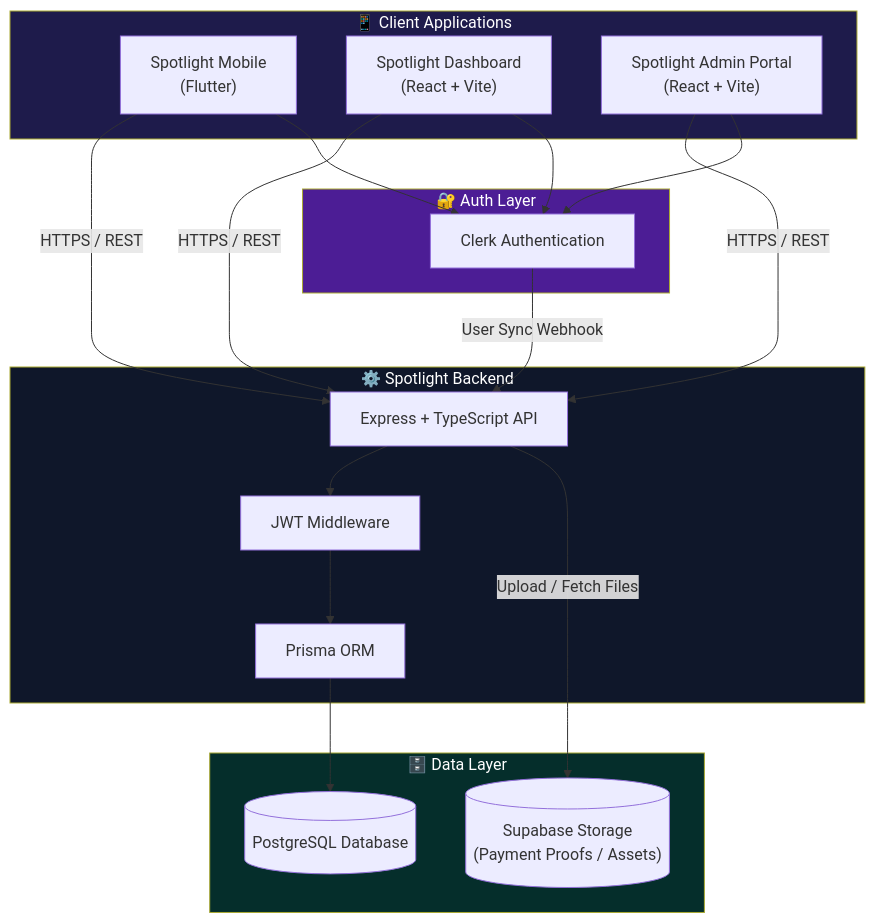
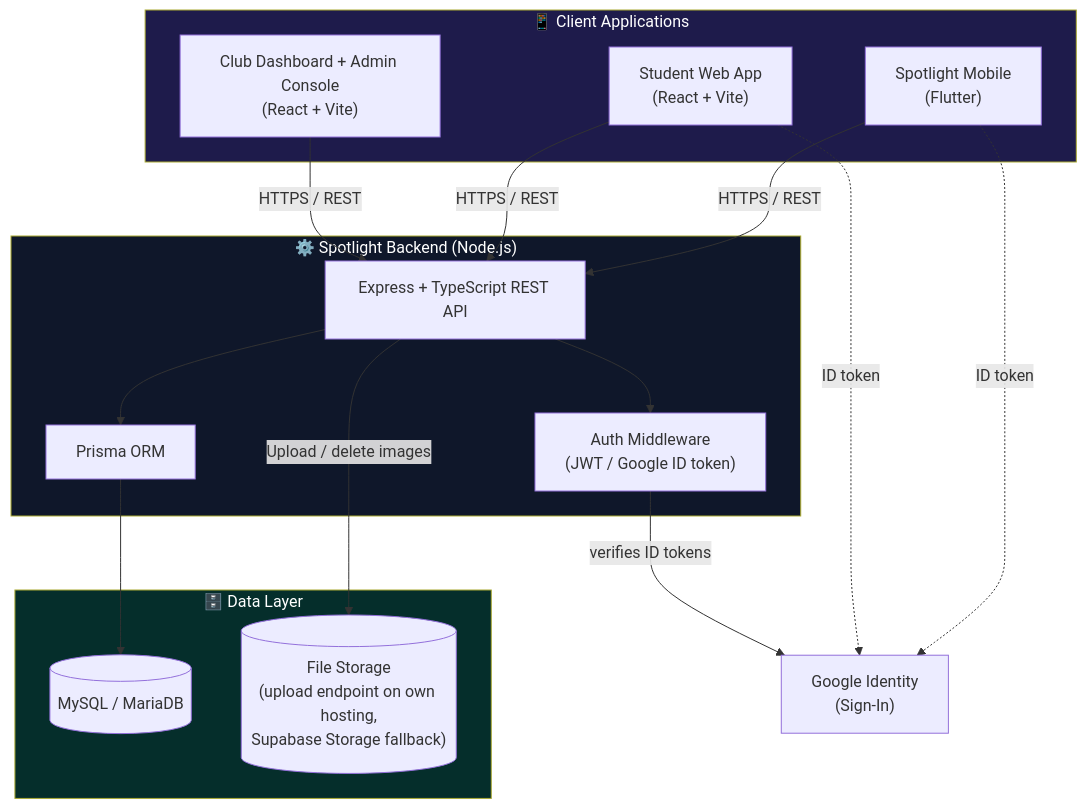
One commit to abhishettyy/Spotlight changed the first of 8 diagrams in README.md. Above: the diagram before and after it, drawn with Mermaid. The commit also changed other lines of this file, not shown here.

First line of the commit message:
Revise README for database and auth updates

````diff
--- a/README.md
+++ b/README.md
@@ -145,42 +145,37 @@
 ```mermaid
 flowchart TB
     subgraph Clients["📱 Client Applications"]
         FLUTTER["Spotlight Mobile<br/>(Flutter)"]
-        DASH["Spotlight Dashboard<br/>(React + Vite)"]
-        ADMIN["Spotlight Admin Portal<br/>(React + Vite)"]
+        STUDENT["Student Web App<br/>(React + Vite)"]
+        DASH["Club Dashboard + Admin Console<br/>(React + Vite)"]
     end
 
-    subgraph Edge["🔐 Auth Layer"]
-        CLERK["Clerk Authentication"]
-    end
-
-    subgraph Core["⚙️ Spotlight Backend"]
-        API["Express + TypeScript API"]
-        JWT["JWT Middleware"]
+    subgraph Core["⚙️ Spotlight Backend (Node.js)"]
+        API["Express + TypeScript REST API"]
+        AUTH["Auth Middleware<br/>(JWT / Google ID token)"]
         PRISMA["Prisma ORM"]
     end
 
     subgraph Data["🗄️ Data Layer"]
-        PG[("PostgreSQL Database")]
-        SUPA[("Supabase Storage<br/>(Payment Proofs / Assets)")]
+        DB[("MySQL / MariaDB")]
+        FILES[("File Storage<br/>(upload endpoint on own hosting,<br/>Supabase Storage fallback)")]
     end
 
+    GOOGLE["Google Identity<br/>(Sign-In)"]
+
     FLUTTER -->|HTTPS / REST| API
+    STUDENT -->|HTTPS / REST| API
     DASH -->|HTTPS / REST| API
-    ADMIN -->|HTTPS / REST| API
+    FLUTTER -.->|ID token| GOOGLE
+    STUDENT -.->|ID token| GOOGLE
 
-    FLUTTER --> CLERK
-    DASH --> CLERK
-    ADMIN --> CLERK
-    CLERK -->|User Sync Webhook| API
-
-    API --> JWT
-    JWT --> PRISMA
-    PRISMA --> PG
-    API -->|Upload / Fetch Files| SUPA
+    API --> AUTH
+    AUTH -->|verifies ID tokens| GOOGLE
+    API --> PRISMA
+    PRISMA --> DB
+    API -->|Upload / delete images| FILES
 
     style Clients fill:#1e1b4b,color:#fff
-    style Edge fill:#4c1d95,color:#fff
     style Core fill:#0f172a,color:#fff
     style Data fill:#052e2b,color:#fff
 ```
````
